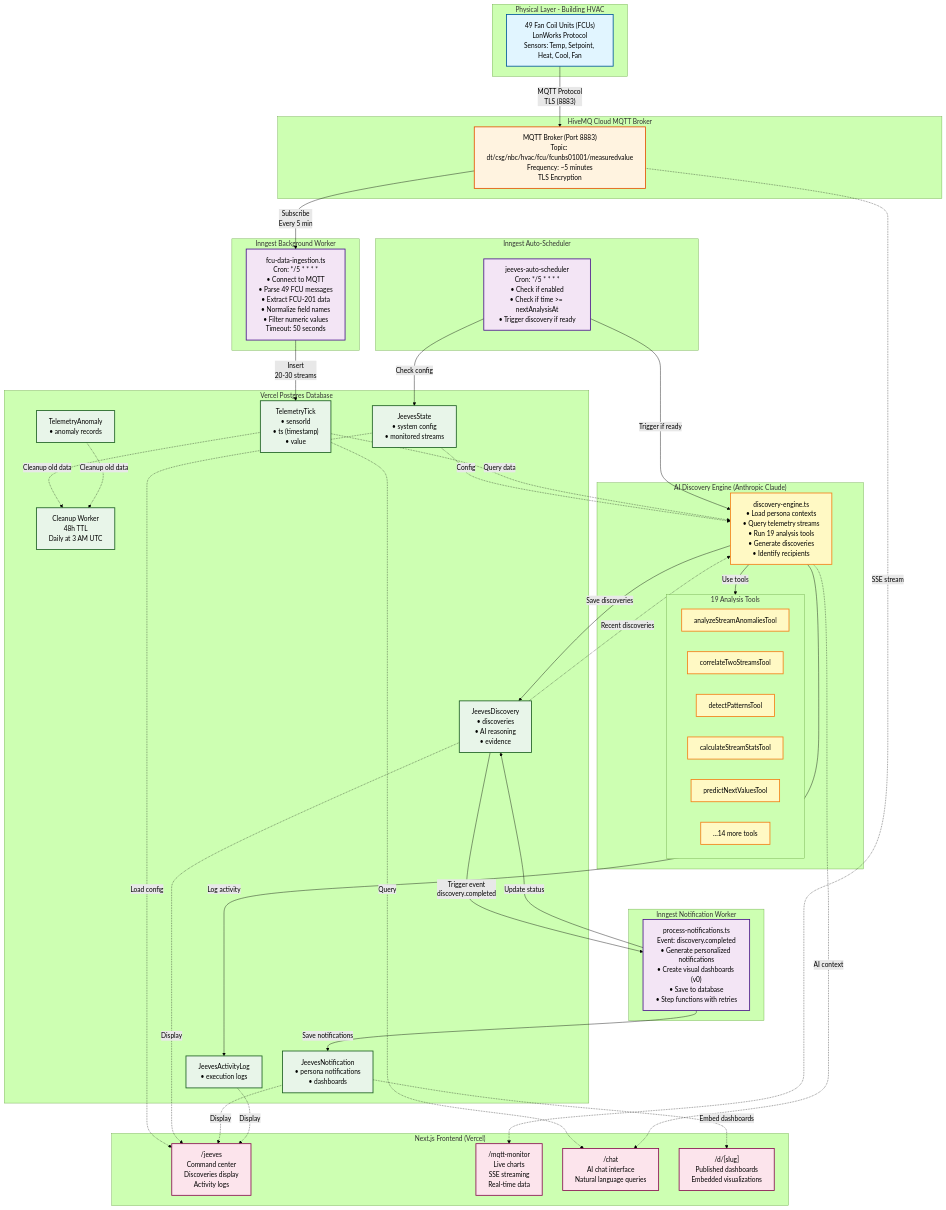
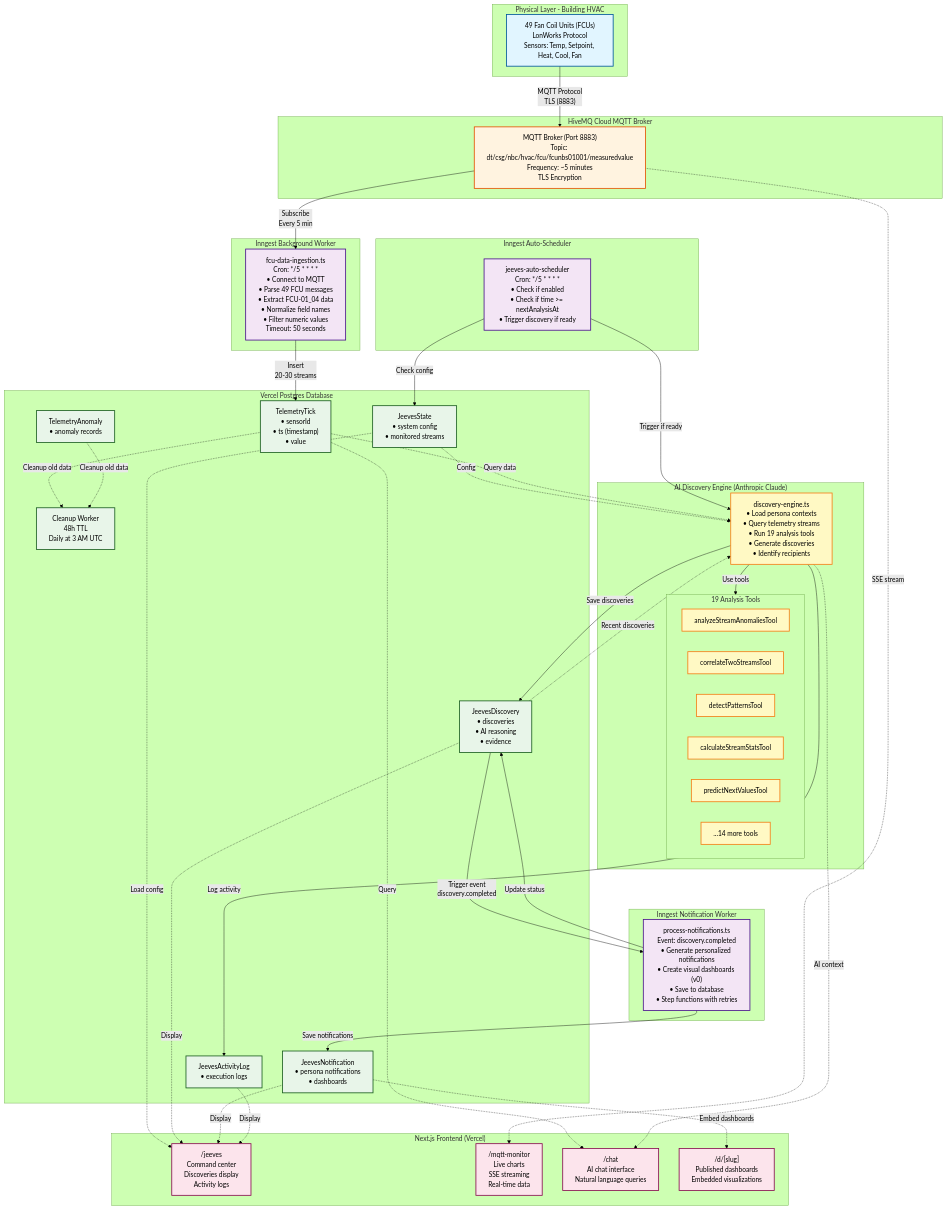
One commit to jh72ie/d2xa-jeeves changed the first of 5 diagrams in docs/architecture-diagram.md. Above: the diagram before and after it, drawn with Mermaid (forest theme). The commit also changed other lines of this file and 166 other files, not shown here.

```diff
--- a/docs/architecture-diagram.md
+++ b/docs/architecture-diagram.md
@@ -16,7 +16,7 @@
 
     %% Data Ingestion
     subgraph Ingestion["Inngest Background Worker"]
-        FCUWorker["fcu-data-ingestion.ts<br/>Cron: */5 * * * *<br/>• Connect to MQTT<br/>• Parse 49 FCU messages<br/>• Extract FCU-201 data<br/>• Normalize field names<br/>• Filter numeric values<br/>Timeout: 50 seconds"]
+        FCUWorker["fcu-data-ingestion.ts<br/>Cron: */5 * * * *<br/>• Connect to MQTT<br/>• Parse 49 FCU messages<br/>• Extract FCU-01_04 data<br/>• Normalize field names<br/>• Filter numeric values<br/>Timeout: 50 seconds"]
     end
 
     %% Database
```
